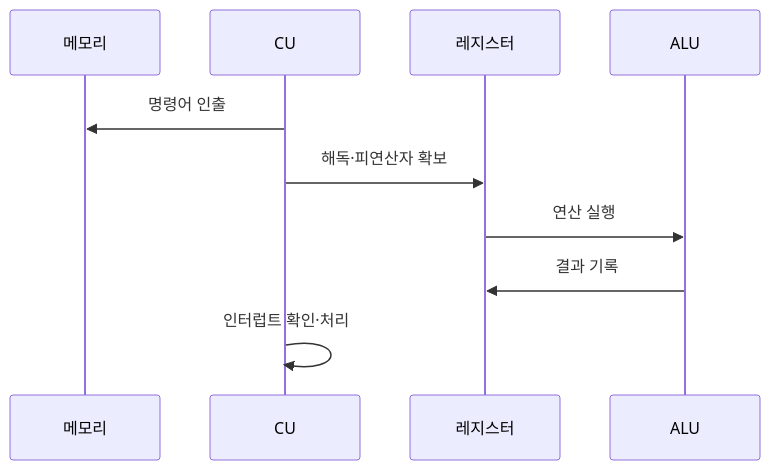
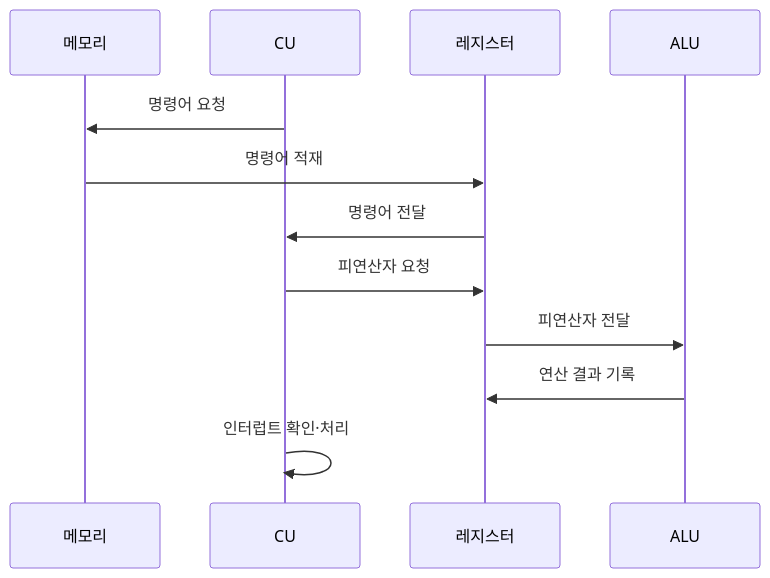
The second of 2 diagrams in src/content/docs/notes/02-hardware/002_cpu_components.md (agnusdei1207/knowledge-base), drawn with Mermaid before and after one commit. The commit also changed other lines of this file and 7 other files, not shown here.

````diff
--- a/src/content/docs/notes/02-hardware/002_cpu_components.md
+++ b/src/content/docs/notes/02-hardware/002_cpu_components.md
@@ -88,12 +88,14 @@
 ```mermaid
 sequenceDiagram
     participant M as 메모리
     participant C as CU
     participant R as 레지스터
     participant A as ALU
-    C->>M: 명령어 인출
-    C->>R: 해독·피연산자 확보
-    R->>A: 연산 실행
-    A->>R: 결과 기록
+    C->>M: 명령어 요청
+    M->>R: 명령어 적재
+    R->>C: 명령어 전달
+    C->>R: 피연산자 요청
+    R->>A: 피연산자 전달
+    A->>R: 연산 결과 기록
     C->>C: 인터럽트 확인·처리
 ```
````
